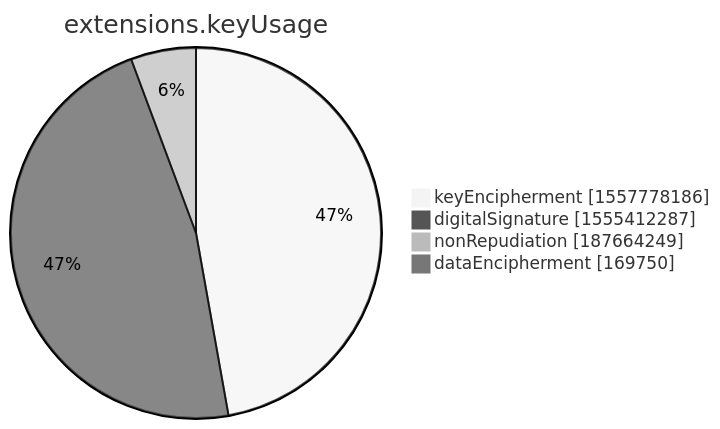
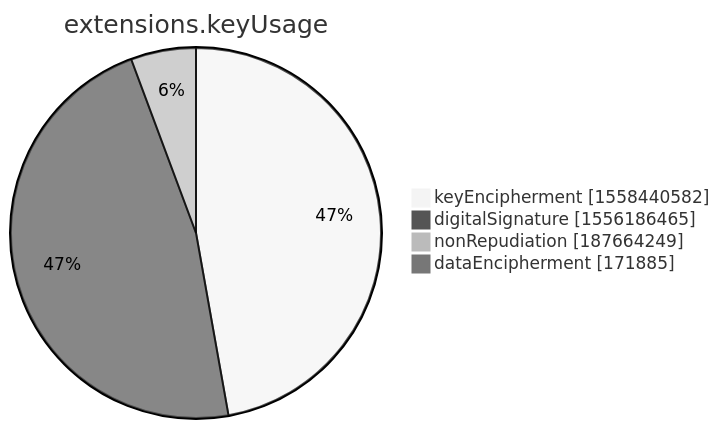
One commit to christiankrug/ctmonitor_visualization changed the seventh of 15 diagrams in xenon2022/README.md. Above: the diagram before and after it, drawn with Mermaid (neutral theme). The commit also changed other lines of this file, not shown here.

````diff
--- a/xenon2022/README.md
+++ b/xenon2022/README.md
@@ -2852,8 +2852,8 @@
 ```mermaid
 pie showData
 title extensions.keyUsage
-"keyEncipherment" :1557778186
-"digitalSignature" :1555412287
+"keyEncipherment" :1558440582
+"digitalSignature" :1556186465
 "nonRepudiation" :187664249
-"dataEncipherment" :169750
+"dataEncipherment" :171885
 ```
````
